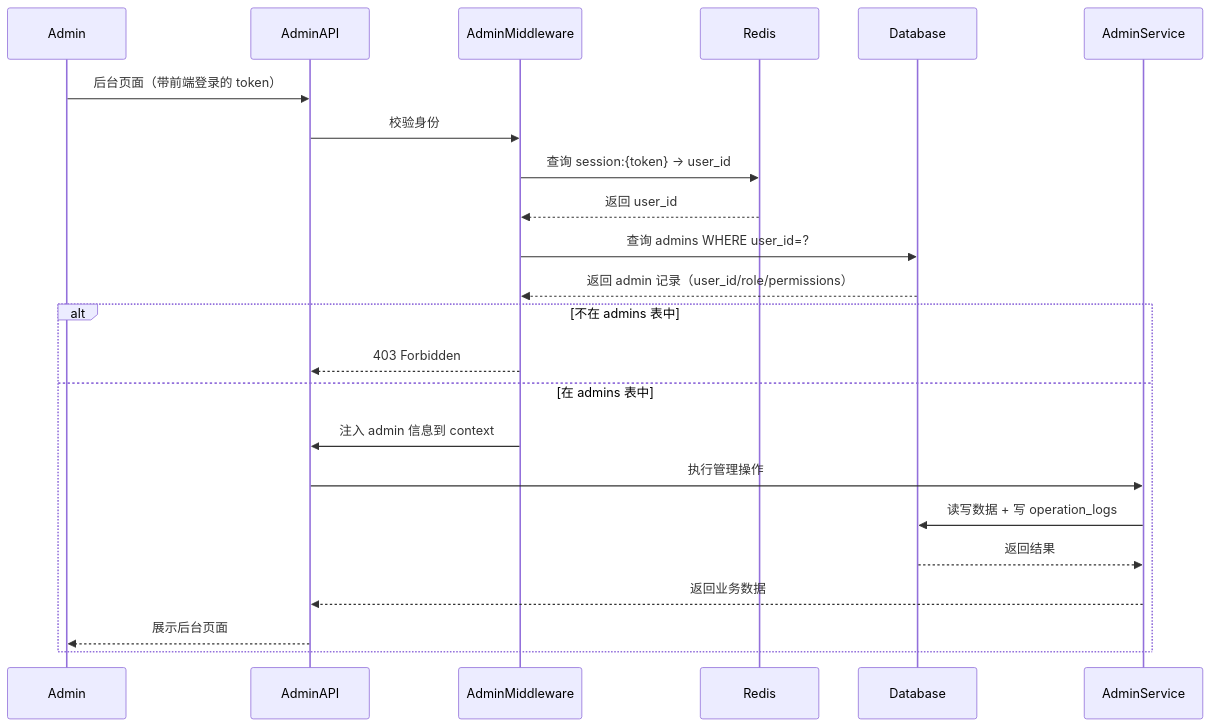
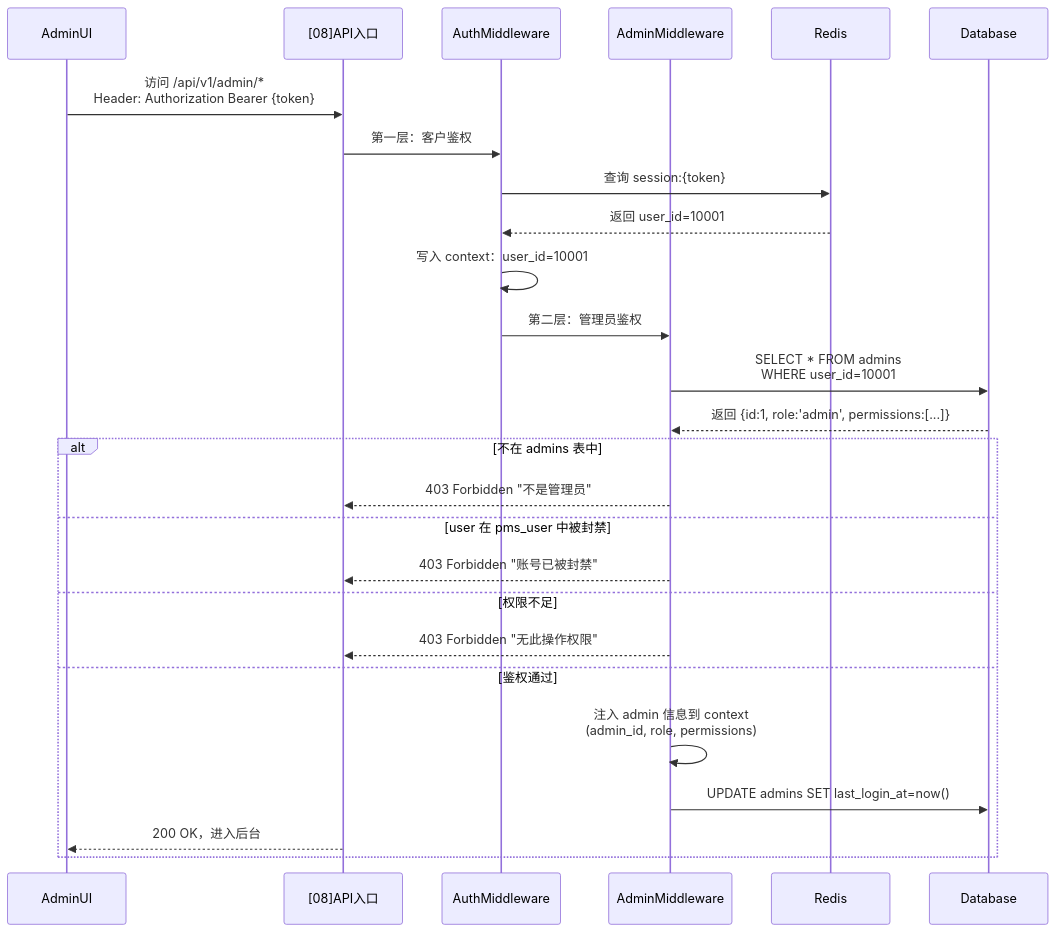
The first of 7 diagrams in docs/[10]管理后台模块/README.md (fairyspace/x-media), drawn with Mermaid before and after one commit. The commit also changed other lines of this file, not shown here.

````diff
--- a/docs/[10]管理后台模块/README.md
+++ b/docs/[10]管理后台模块/README.md
@@ -87,25 +175,31 @@
 ```mermaid
 sequenceDiagram
-    participant Admin
-    participant AdminAPI
-    participant AdminMiddleware
+    participant AdminUI
+    participant API网关 as [08]API入口
+    participant AuthMW as AuthMiddleware
+    participant AdminMW as AdminMiddleware
     participant Redis
     participant Database
 
-    Admin ->> AdminAPI: 后台页面（带前端登录的 token）
-    AdminAPI ->> AdminMiddleware: 校验身份
-    AdminMiddleware ->> Redis: 查询 session:{token} → user_id
-    Redis -->> AdminMiddleware: 返回 user_id
-    AdminMiddleware ->> Database: 查询 admins WHERE user_id=?
-    Database -->> AdminMiddleware: 返回 admin 记录（user_id/role/permissions）
+    AdminUI ->> API网关: 访问 /api/v1/admin/*<br/>Header: Authorization Bearer {token}
+    API网关 ->> AuthMW: 第一层：客户鉴权
+    AuthMW ->> Redis: 查询 session:{token}
+    Redis -->> AuthMW: 返回 user_id=10001
+    AuthMW ->> AuthMW: 写入 context：user_id=10001
+
+    AuthMW ->> AdminMW: 第二层：管理员鉴权
+    AdminMW ->> Database: SELECT * FROM admins<br/>WHERE user_id=10001
+    Database -->> AdminMW: 返回 {id:1, role:'admin', permissions:[...]}
+
     alt 不在 admins 表中
-        AdminMiddleware -->> AdminAPI: 403 Forbidden
-    else 在 admins 表中
-        AdminMiddleware ->> AdminAPI: 注入 admin 信息到 context
-        AdminAPI ->> AdminService: 执行管理操作
-        AdminService ->> Database: 读写数据 + 写 operation_logs
-        Database -->> AdminService: 返回结果
-        AdminService -->> AdminAPI: 返回业务数据
-        AdminAPI -->> Admin: 展示后台页面
+        AdminMW -->> API网关: 403 Forbidden "不是管理员"
+    else user 在 pms_user 中被封禁
+        AdminMW -->> API网关: 403 Forbidden "账号已被封禁"
+    else 权限不足
+        AdminMW -->> API网关: 403 Forbidden "无此操作权限"
+    else 鉴权通过
+        AdminMW ->> AdminMW: 注入 admin 信息到 context<br/>(admin_id, role, permissions)
+        AdminMW ->> Database: UPDATE admins SET last_login_at=now()
+        API网关 -->> AdminUI: 200 OK，进入后台
     end
 ```
````
